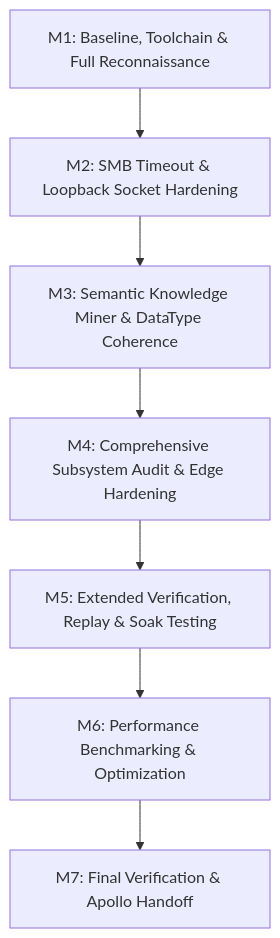
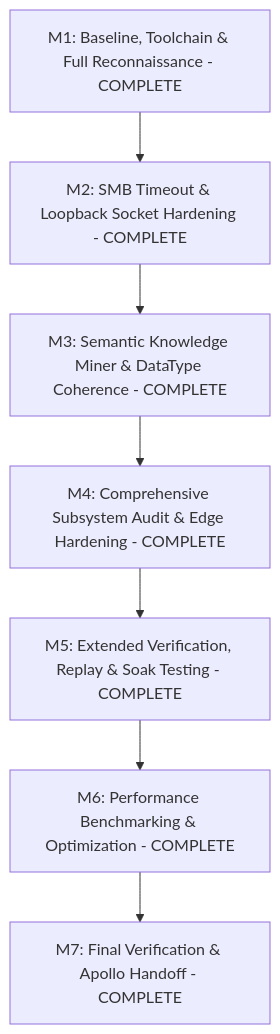
The diagram in docs/audit/PLAN.md (Cylae/DefFileGenerator), drawn with Mermaid before and after one commit. The commit also changed other lines of this file and 12 other files, not shown here.

````diff
--- a/docs/audit/PLAN.md
+++ b/docs/audit/PLAN.md
@@ -23,9 +23,9 @@
 ```mermaid
 graph TD
-    M1[M1: Baseline, Toolchain & Full Reconnaissance] --> M2[M2: SMB Timeout & Loopback Socket Hardening]
-    M2 --> M3[M3: Semantic Knowledge Miner & DataType Coherence]
-    M3 --> M4[M4: Comprehensive Subsystem Audit & Edge Hardening]
-    M4 --> M5[M5: Extended Verification, Replay & Soak Testing]
-    M5 --> M6[M6: Performance Benchmarking & Optimization]
-    M6 --> M7[M7: Final Verification & Apollo Handoff]
+    M1[M1: Baseline, Toolchain & Full Reconnaissance - COMPLETE] --> M2[M2: SMB Timeout & Loopback Socket Hardening - COMPLETE]
+    M2 --> M3[M3: Semantic Knowledge Miner & DataType Coherence - COMPLETE]
+    M3 --> M4[M4: Comprehensive Subsystem Audit & Edge Hardening - COMPLETE]
+    M4 --> M5[M5: Extended Verification, Replay & Soak Testing - COMPLETE]
+    M5 --> M6[M6: Performance Benchmarking & Optimization - COMPLETE]
+    M6 --> M7[M7: Final Verification & Apollo Handoff - COMPLETE]
 ```
````
